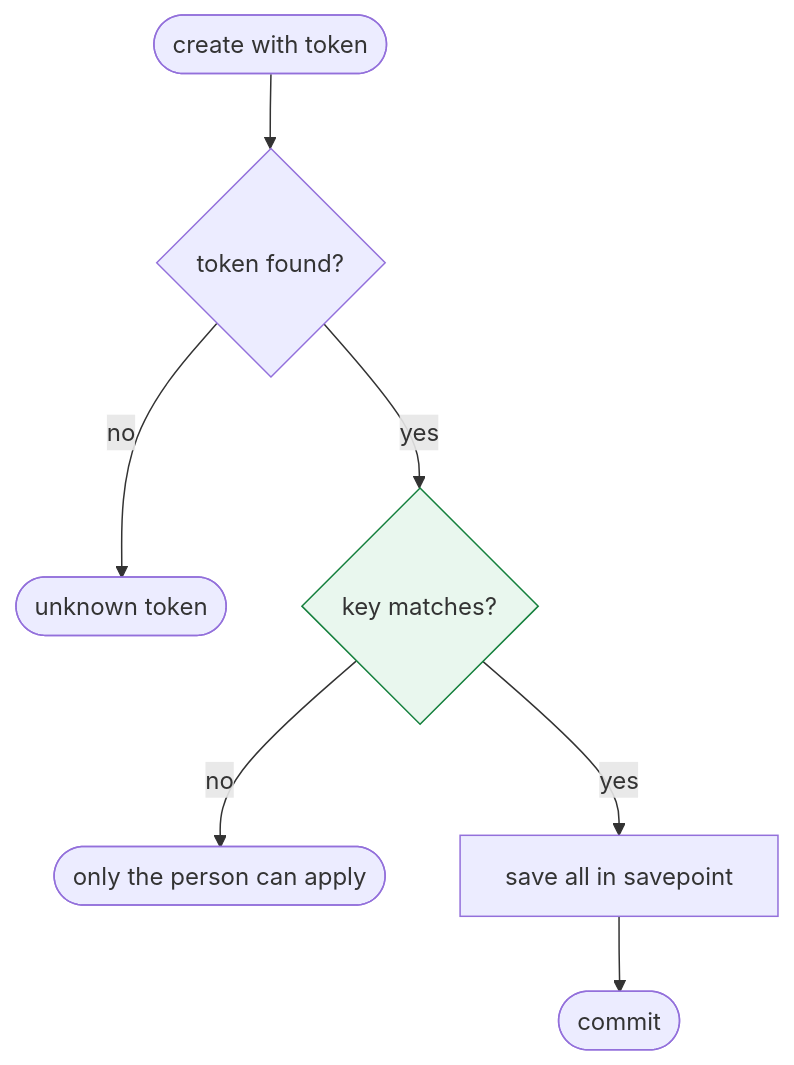
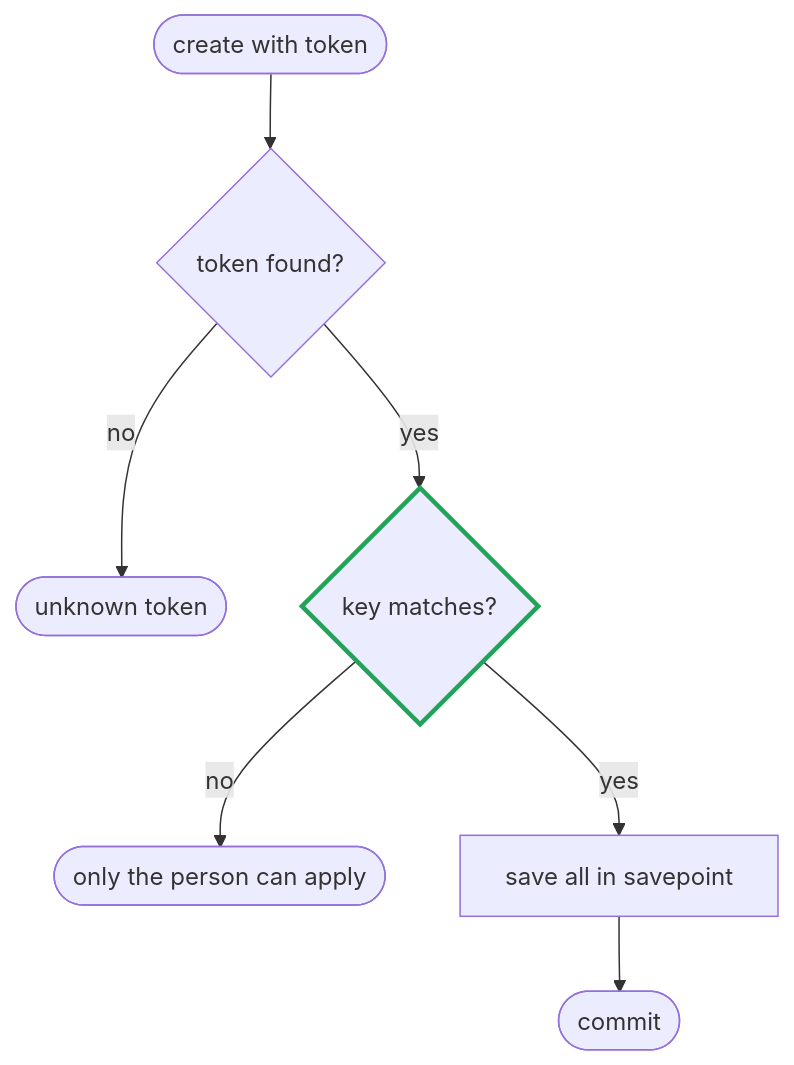
Before and after one commit to madyankin/dotfiles: the third of 3 diagrams in .config/agents/skills/explain-diff/references/VISUALIZATIONS.md, drawn with Mermaid. The commit also changed other lines of this file and 1 other file, not shown here.

Commit message:
Keep Mermaid delta marks readable in dark mode
classDef sets only the stroke; a fixed light fill hid the label text in the dark theme.

````diff
--- a/.config/agents/skills/explain-diff/references/VISUALIZATIONS.md
+++ b/.config/agents/skills/explain-diff/references/VISUALIZATIONS.md
@@ -33,12 +33,12 @@
 ```mermaid
 flowchart TB
-  classDef new fill:#e9f7ee,stroke:#15803d
-  classDef changed fill:#fdf3e3,stroke:#b45309
-  classDef removed stroke:#c0352b,stroke-dasharray:5 4
+  classDef new stroke:#22a35a,stroke-width:3px
+  classDef changed stroke:#d97706,stroke-width:3px
+  classDef removed stroke:#dc2626,stroke-width:3px,stroke-dasharray:5 4
   start([create with token]) --> found{token found?}
   found -- no --> e1([unknown token])
   found -- yes --> key{key matches?}
   key -- no --> e2([only the person can apply])
   key -- yes --> save[save all in savepoint] --> done([commit])
   class key new
 ```
````
